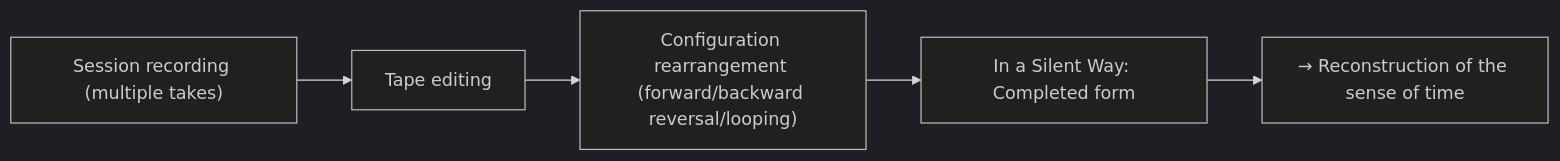
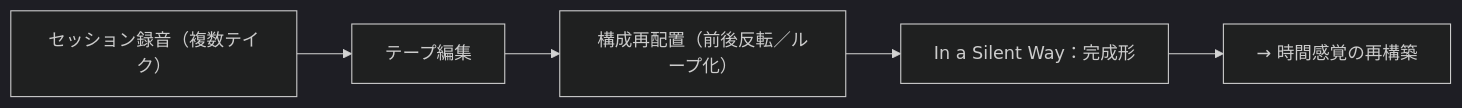
The first of 12 diagrams in en/_posts/2025-10-28-column-macero-miles.md (monumental-movement/monumental-movement.github.io), drawn with Mermaid (dark theme) before and after one commit. The commit also changed other lines of this file and 211 other files, not shown here.

```diff
--- a/en/_posts/2025-10-28-column-macero-miles.md
+++ b/en/_posts/2025-10-28-column-macero-miles.md
@@ -67,10 +67,10 @@
 <div class="mermaid">
 
 flowchart LR
-A["Session recording (multiple takes)"] --> B["Tape editing"]
-B --> C["Configuration rearrangement (forward/backward reversal/looping)"]
-C --> D["In a Silent Way: Completed form"]
-D --> E["→ Reconstruction of the sense of time"]
+    A["セッション録音（複数テイク）"] --> B["テープ編集"]
+    B --> C["構成再配置（前後反転／ループ化）"]
+    C --> D["In a Silent Way：完成形"]
+    D --> E["→ 時間感覚の再構築"]
 
 
 </div>
```
